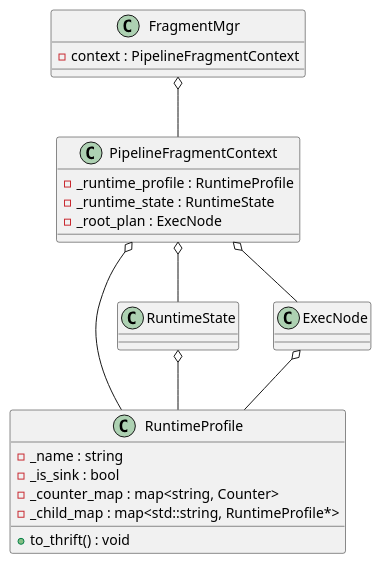
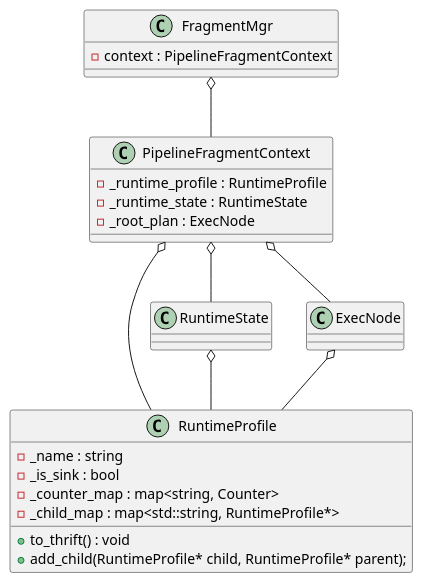
One commit to zhiqiang-hhhh/zhiqiang-hhhh.github.io changed the second of 2 diagrams in pre_post/Doris/profile.md. Above: the diagram before and after it, drawn with PlantUML. The commit also changed other lines of this file and 1 other file, not shown here.

````diff
--- a/pre_post/Doris/profile.md
+++ b/pre_post/Doris/profile.md
@@ -68,29 +62,30 @@
 ```plantuml
 class FragmentMgr
 {
     - context : PipelineFragmentContext
 }
 
 FragmentMgr o-- PipelineFragmentContext
 PipelineFragmentContext o-- RuntimeProfile
 PipelineFragmentContext o-- RuntimeState
 
 RuntimeState o-- RuntimeProfile
 PipelineFragmentContext o-- ExecNode
 ExecNode o-- RuntimeProfile
 
 class PipelineFragmentContext {
     - _runtime_profile : RuntimeProfile
     - _runtime_state : RuntimeState
     - _root_plan : ExecNode
 }
 
 class RuntimeProfile {
     - _name : string
     - _is_sink : bool
     - _counter_map : map<string, Counter>
     - _child_map : map<std::string, RuntimeProfile*>
     + to_thrift() : void
+    + add_child(RuntimeProfile* child, RuntimeProfile* parent);
 }
 
 ```
````
